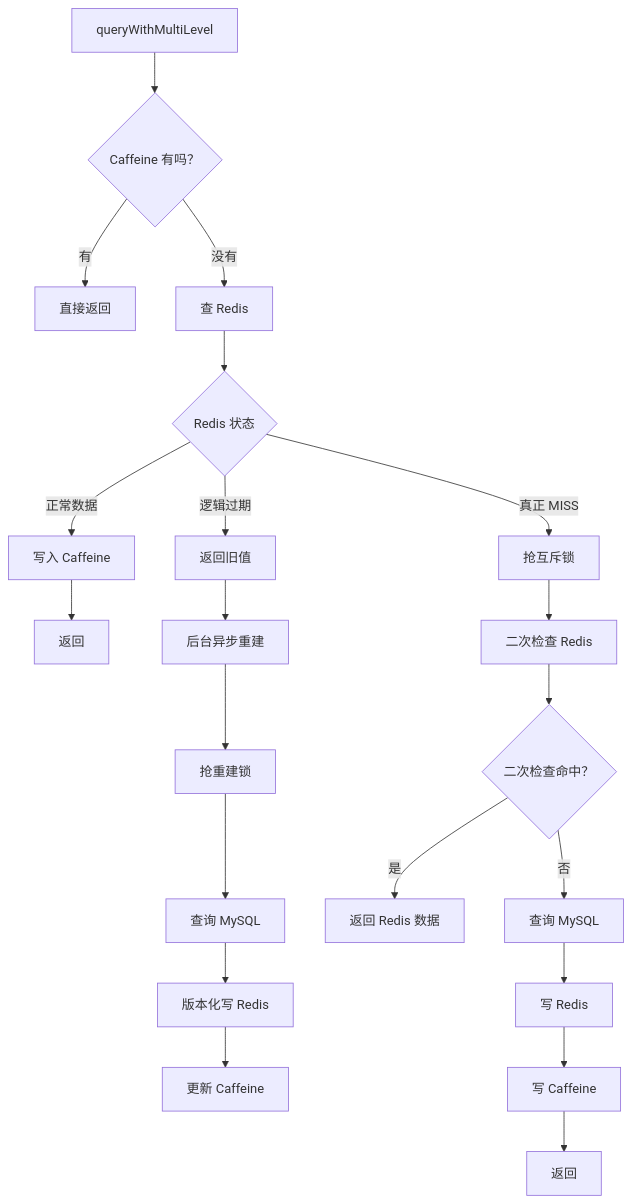
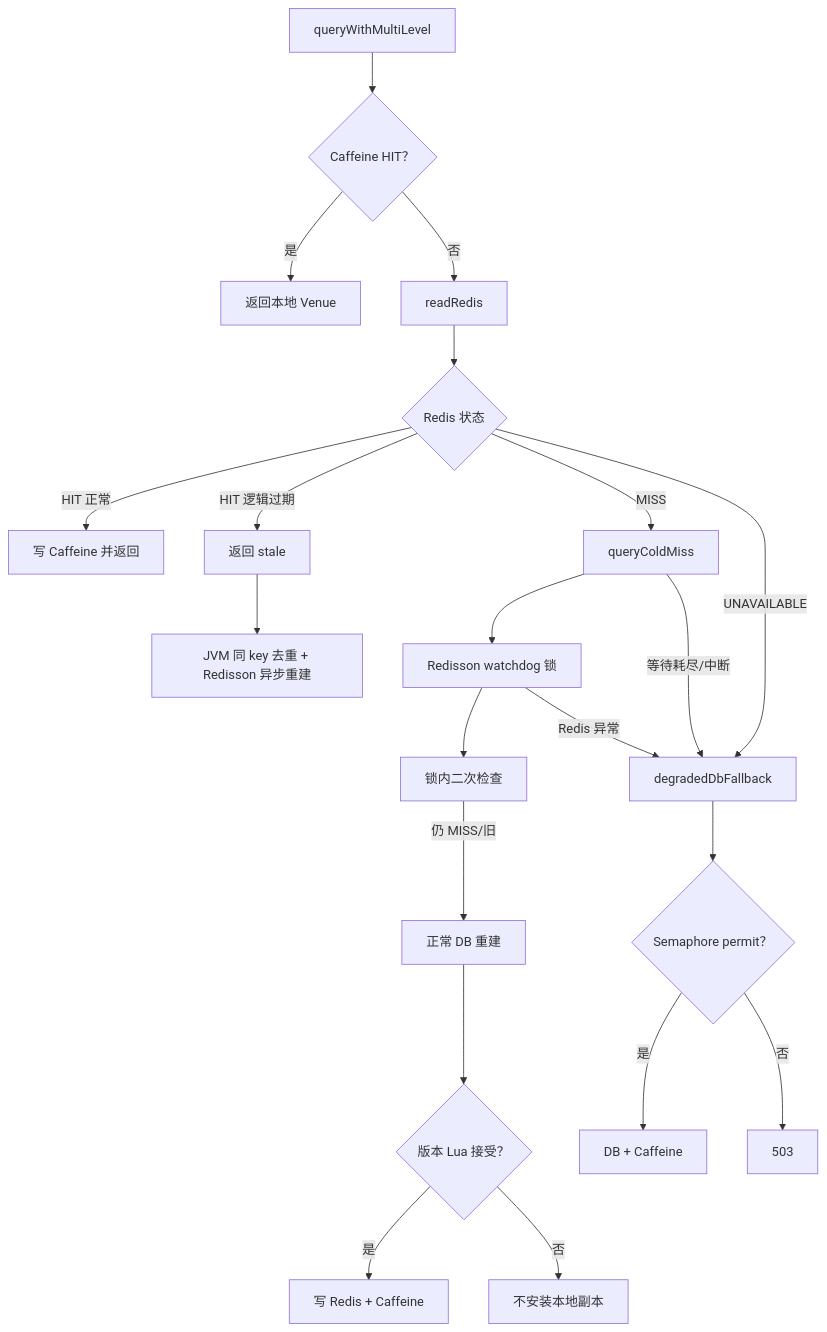
One commit to SyH-101/citypass-platform changed the eighth of 8 diagrams in 02-多级缓存一致性.md. Above: the diagram before and after it, drawn with Mermaid. The commit also changed other lines of this file, not shown here.

````diff
--- a/02-多级缓存一致性.md
+++ b/02-多级缓存一致性.md
@@ -1820,28 +1647,25 @@
 ```mermaid
 flowchart TD
-    A["queryWithMultiLevel"] --> B{"Caffeine 有吗？"}
-
-    B -->|有| C["直接返回"]
-    B -->|没有| D["查 Redis"]
+    A["queryWithMultiLevel"] --> B{"Caffeine HIT？"}
+    B -->|是| C["返回本地 Venue"]
+    B -->|否| D["readRedis"]
 
     D --> E{"Redis 状态"}
+    E -->|HIT 正常| F["写 Caffeine 并返回"]
+    E -->|HIT 逻辑过期| G["返回 stale"]
+    G --> H["JVM 同 key 去重 + Redisson 异步重建"]
+    E -->|MISS| I["queryColdMiss"]
+    I --> J["Redisson watchdog 锁"]
+    J --> K["锁内二次检查"]
+    K -->|仍 MISS/旧| L["正常 DB 重建"]
+    L --> M{"版本 Lua 接受？"}
+    M -->|是| N["写 Redis + Caffeine"]
+    M -->|否| O["不安装本地副本"]
 
-    E -->|正常数据| F["写入 Caffeine"]
-    F --> G["返回"]
-
-    E -->|逻辑过期| H["返回旧值"]
-    H --> I["后台异步重建"]
-    I --> J["抢重建锁"]
-    J --> K["查询 MySQL"]
-    K --> L["版本化写 Redis"]
-    L --> M["更新 Caffeine"]
-
-    E -->|真正 MISS| N["抢互斥锁"]
-    N --> O["二次检查 Redis"]
-    O --> P{"二次检查命中？"}
-    P -->|是| Q["返回 Redis 数据"]
-    P -->|否| R["查询 MySQL"]
-    R --> S["写 Redis"]
-    S --> T["写 Caffeine"]
-    T --> U["返回"]
+    E -->|UNAVAILABLE| P["degradedDbFallback"]
+    J -->|Redis 异常| P
+    I -->|等待耗尽/中断| P
+    P --> Q{"Semaphore permit？"}
+    Q -->|是| R["DB + Caffeine"]
+    Q -->|否| S["503"]
 ```
````
